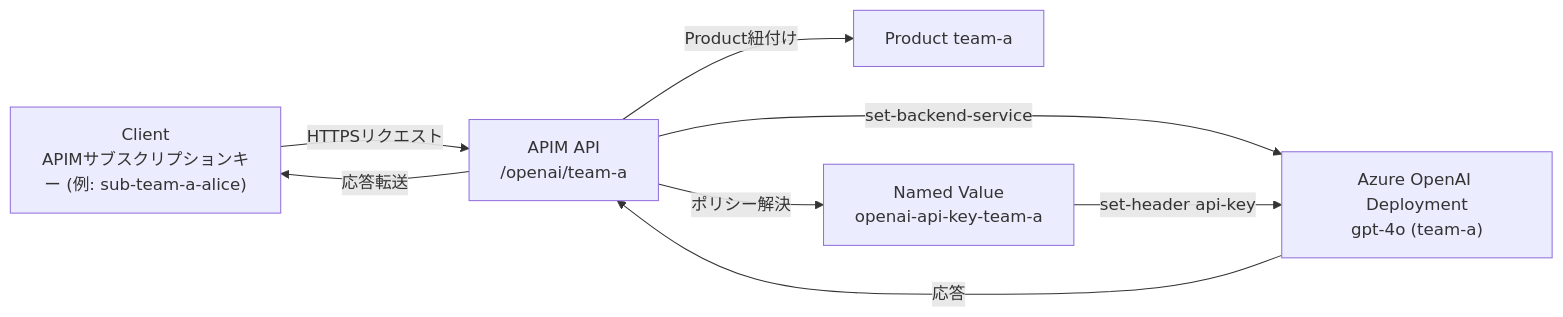
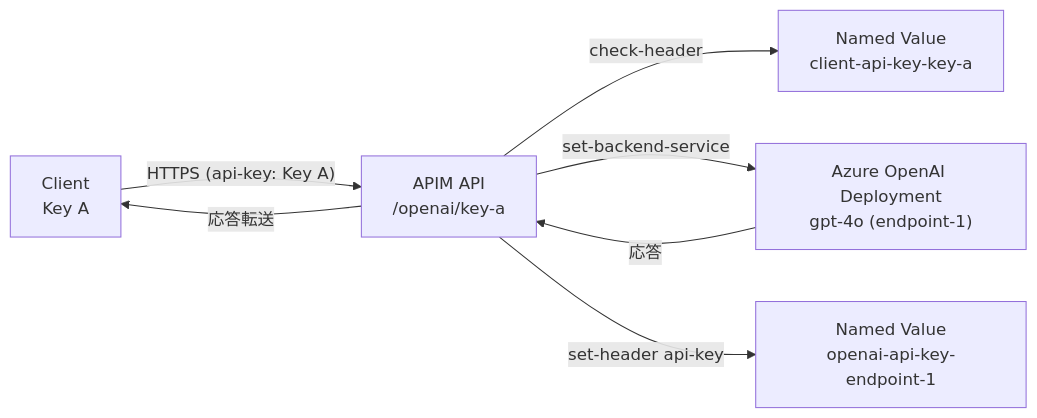
The diagram in README.md (an110596/aoai-apim), drawn with Mermaid before and after one commit. The commit also changed other lines of this file and 6 other files, not shown here.

Commit message:
feat: support per-client endpoints without APIM users

````diff
--- a/README.md
+++ b/README.md
@@ -26,9 +26,8 @@
 ```mermaid
 flowchart LR
-  Client["Client<br>APIMサブスクリプションキー (例: sub-team-a-alice)"] -- HTTPSリクエスト --> APIM["APIM API<br>/openai/team-a"]
-  APIM -- Product紐付け --> Product["Product team-a"]
-  APIM -- ポリシー解決 --> NV["Named Value<br>openai-api-key-team-a"]
-  APIM -- set-backend-service --> AOAI["Azure OpenAI Deployment<br>gpt-4o (team-a)"]
-  NV -- set-header api-key --> AOAI
+  Client["Client<br>Key A"] -- HTTPS (api-key: Key A) --> APIM["APIM API<br>/openai/key-a"]
+  APIM -- check-header --> NV_CLIENT["Named Value<br>client-api-key-key-a"]
+  APIM -- set-backend-service --> AOAI["Azure OpenAI Deployment<br>gpt-4o (endpoint-1)"]
+  APIM -- set-header api-key --> NV["Named Value<br>openai-api-key-endpoint-1"]
   AOAI -- 応答 --> APIM -- 応答転送 --> Client
 ```
````
